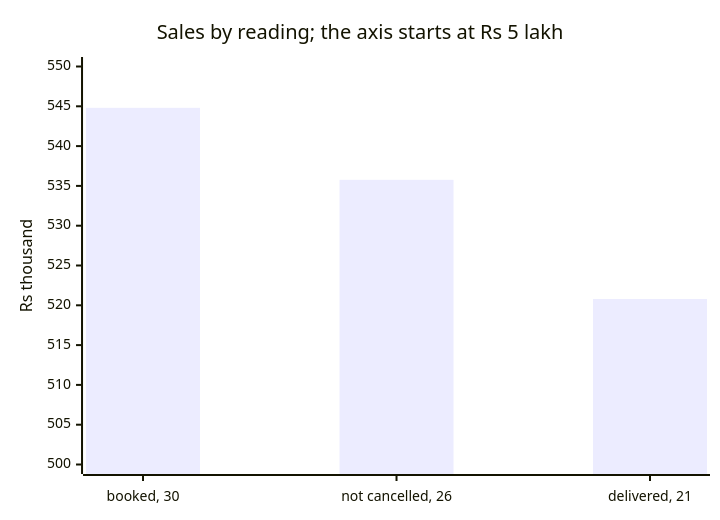
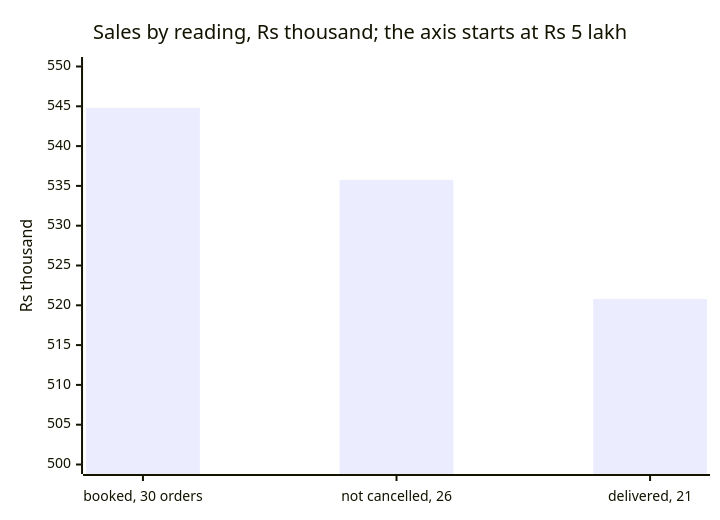
The tenth of 31 diagrams in content/W01/D1/slides/C2_W01_D01_half1_STUDENT.md (fde-academy-lab/c2-content-factory), drawn with Mermaid before and after one commit. The commit also changed other lines of this file and 22 other files, not shown here.

````diff
--- a/content/W01/D1/slides/C2_W01_D01_half1_STUDENT.md
+++ b/content/W01/D1/slides/C2_W01_D01_half1_STUDENT.md
@@ -406,7 +574,7 @@
 ```mermaid
 xychart-beta
-    title "Sales by reading; the axis starts at Rs 5 lakh"
-    x-axis ["booked, 30", "not cancelled, 26", "delivered, 21"]
+    title "Sales by reading, Rs thousand; the axis starts at Rs 5 lakh"
+    x-axis ["booked, 30 orders", "not cancelled, 26", "delivered, 21"]
     y-axis "Rs thousand" 500 --> 550
     bar [544.81, 535.76, 520.79]
 ```
````
